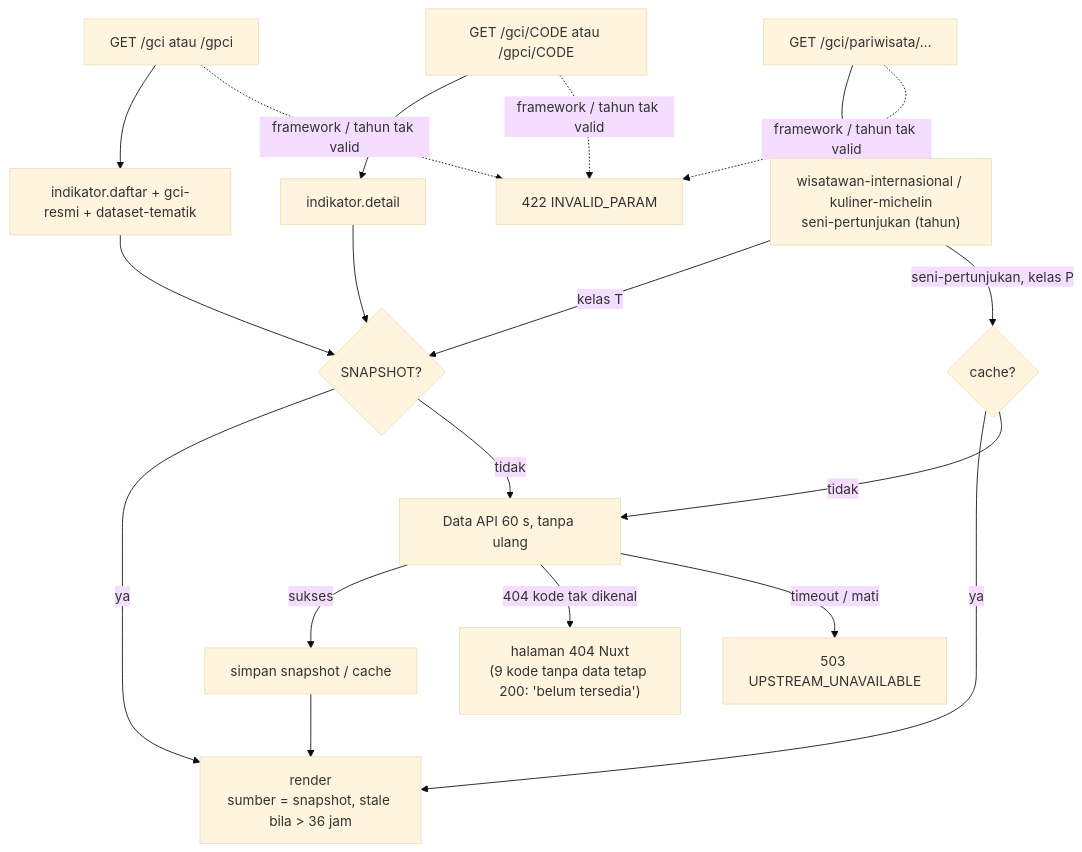
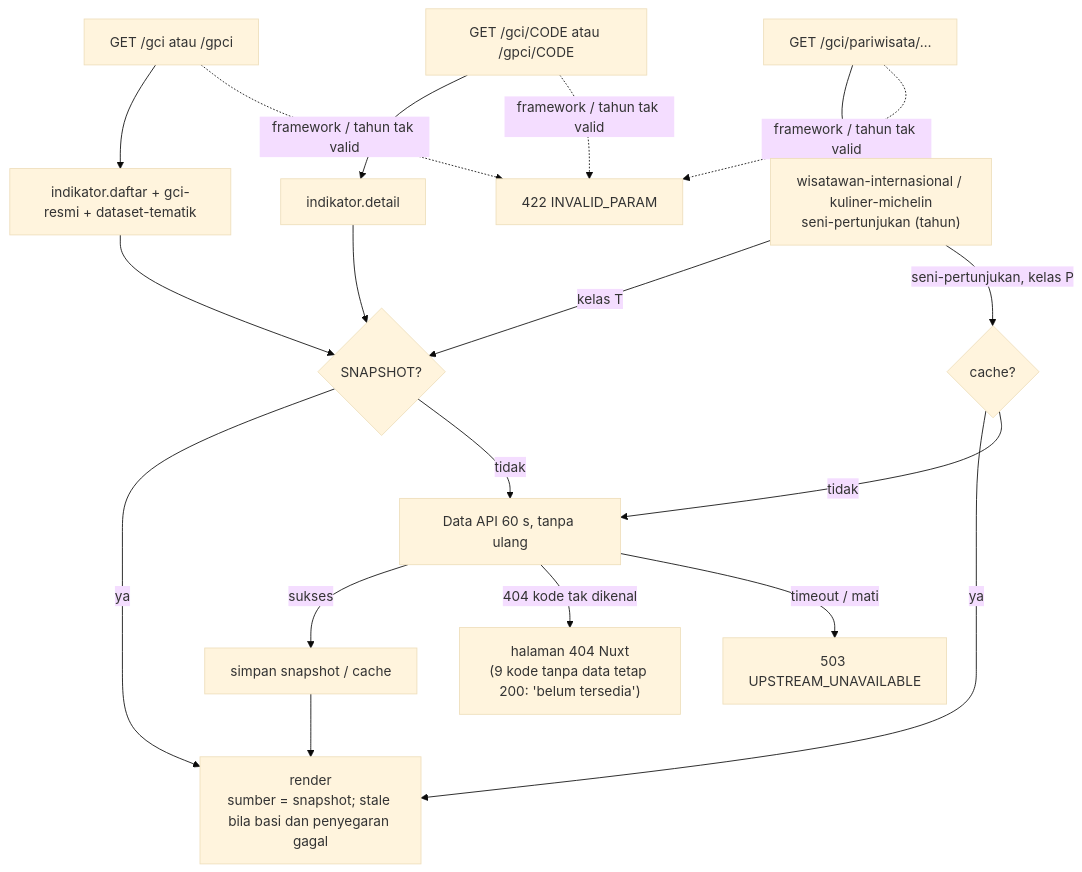
Before and after one commit to RantAI-dev/DisparDataPlatform: the diagram in port/docs/flowchart/indikator.md, drawn with Mermaid (base theme). The commit also changed other lines of this file and 30 other files, not shown here.

````diff
--- a/port/docs/flowchart/indikator.md
+++ b/port/docs/flowchart/indikator.md
@@ -22,18 +22,18 @@
 ```mermaid
 flowchart TD
     P1["GET /gci atau /gpci"] --> A["indikator.daftar + gci-resmi + dataset-tematik"]
     P2["GET /gci/CODE atau /gpci/CODE"] --> B["indikator.detail"]
     P3["GET /gci/pariwisata/…"] --> C["wisatawan-internasional / kuliner-michelin<br/>seni-pertunjukan (tahun)"]
     A --> T{"SNAPSHOT?"}
     B --> T
     C -->|"kelas T"| T
     C -->|"seni-pertunjukan, kelas P"| K{"cache?"}
-    T -- ya --> OK["render<br/>sumber = snapshot, stale bila > 36 jam"]
+    T -- ya --> OK["render<br/>sumber = snapshot; stale bila basi dan penyegaran gagal"]
     T -- tidak --> D["Data API 60 s, tanpa ulang"]
     K -- ya --> OK
     K -- tidak --> D
     D -- sukses --> W["simpan snapshot / cache"] --> OK
     D -- "404 kode tak dikenal" --> NF["halaman 404 Nuxt<br/>(9 kode tanpa data tetap 200: 'belum tersedia')"]
     P1 & P2 & P3 -.->|"framework / tahun tak valid"| E422["422 INVALID_PARAM"]
     D -- "timeout / mati" --> E503["503 UPSTREAM_UNAVAILABLE"]
 ```
````
